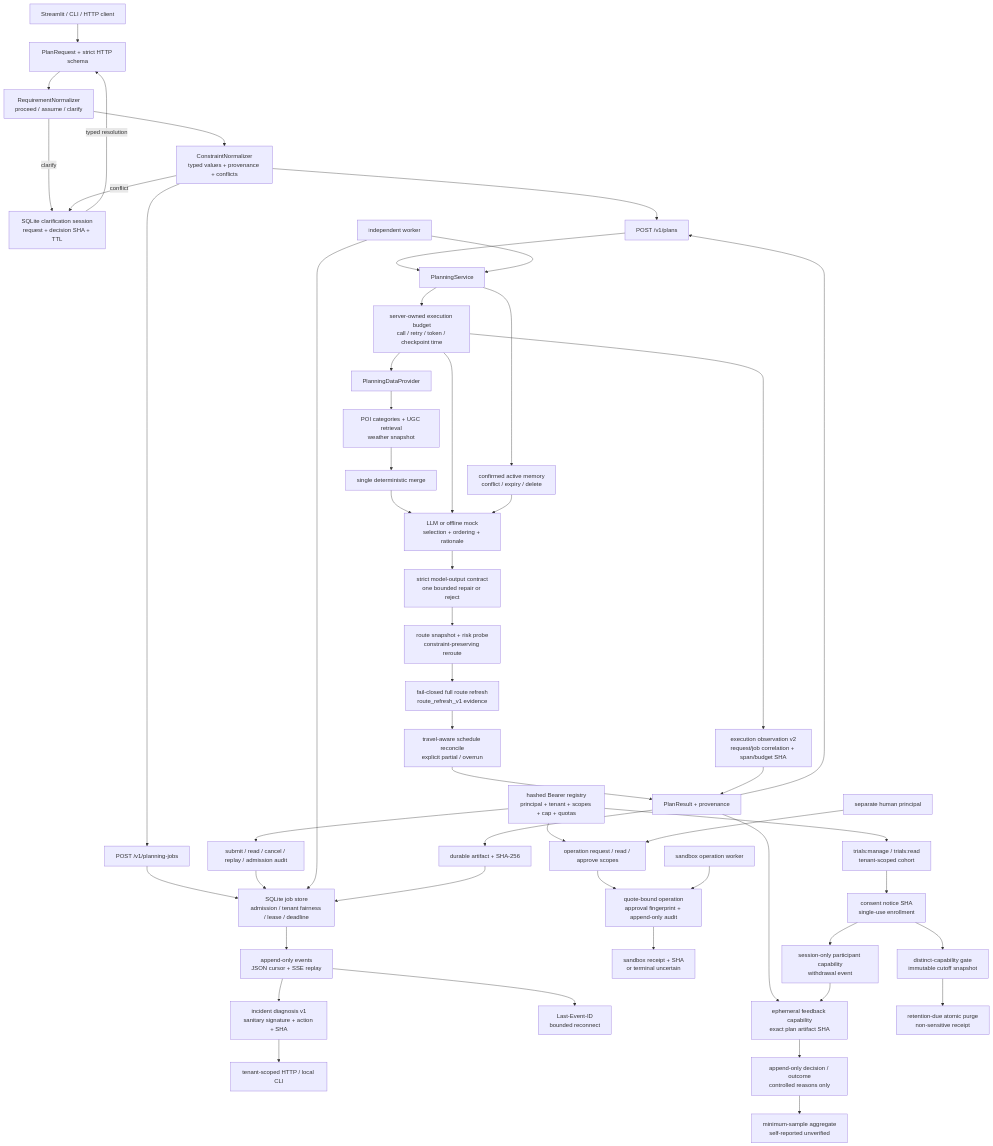
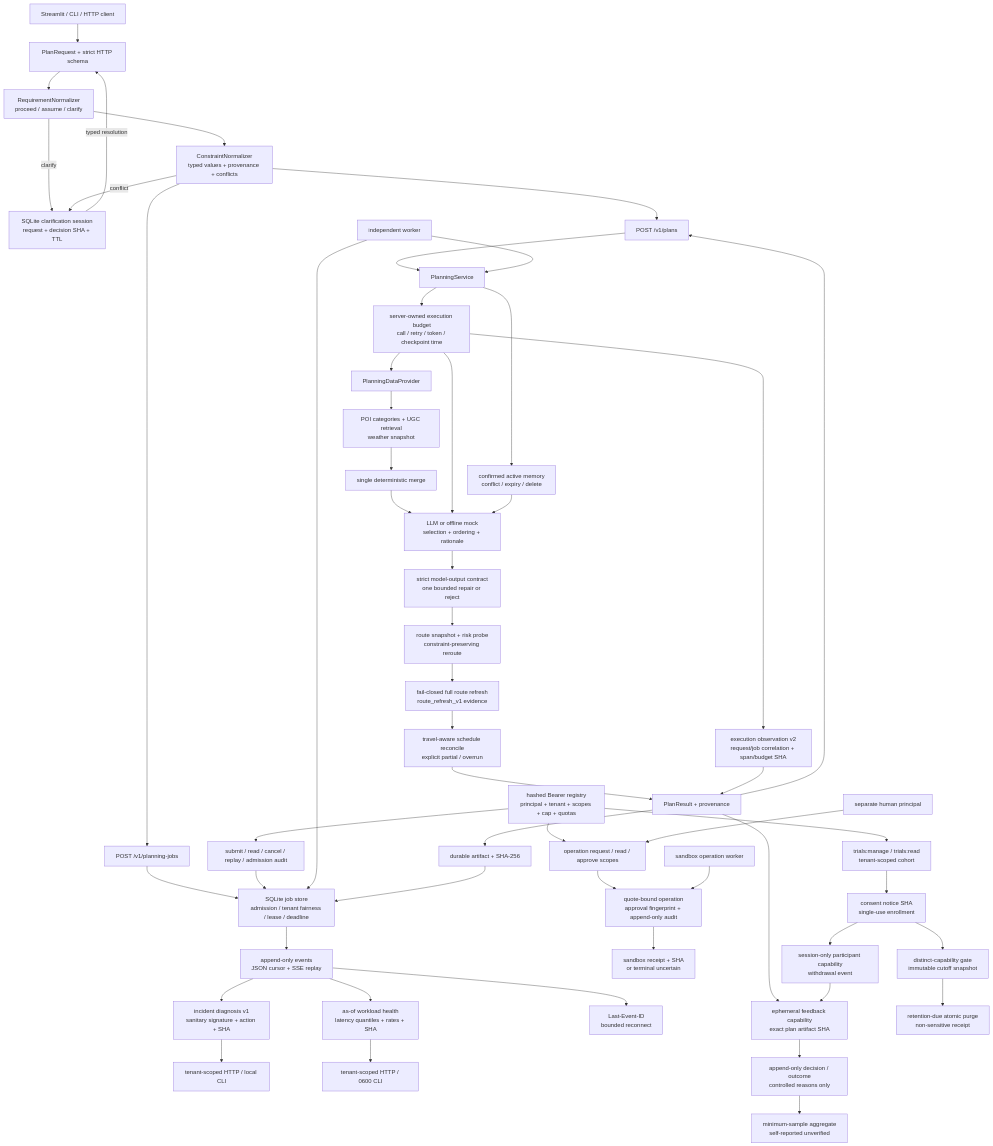
The diagram in README.md (estelledc/bj-pal), drawn with Mermaid before and after one commit. The commit also changed other lines of this file and 6 other files, not shown here.

````diff
--- a/README.md
+++ b/README.md
@@ -75,53 +76,55 @@
 ```mermaid
 flowchart TD
     Client["Streamlit / CLI / HTTP client"] --> Contract["PlanRequest + strict HTTP schema"]
     Contract --> Gate["RequirementNormalizer\nproceed / assume / clarify"]
     Gate --> Ledger["ConstraintNormalizer\ntyped values + provenance + conflicts"]
     Gate -->|clarify| Clarify["SQLite clarification session\nrequest + decision SHA + TTL"]
     Ledger -->|conflict| Clarify
     Clarify -->|typed resolution| Contract
     Ledger --> Sync["POST /v1/plans"]
     Ledger --> Submit["POST /v1/planning-jobs"]
     Submit --> JobDB["SQLite job store\nadmission / tenant fairness / lease / deadline"]
     Auth["hashed Bearer registry\nprincipal + tenant + scopes + cap + quotas"] --> Control["submit / read / cancel / replay / admission audit"]
     Control --> JobDB
     JobDB --> Events["append-only events\nJSON cursor + SSE replay"]
     Events --> Diagnose["incident diagnosis v1\nsanitary signature + action + SHA"]
     Diagnose --> DiagnoseAPI["tenant-scoped HTTP / local CLI"]
+    Events --> Health["as-of workload health\nlatency quantiles + rates + SHA"]
+    Health --> HealthAPI["tenant-scoped HTTP / 0600 CLI"]
     Events --> Stream["Last-Event-ID\nbounded reconnect"]
     Worker["independent worker"] --> JobDB
     Sync --> Service["PlanningService"]
     Worker --> Service
     Service --> Budget["server-owned execution budget\ncall / retry / token / checkpoint time"]
     Budget --> Observe["execution observation v2\nrequest/job correlation + span/budget SHA"]
     Budget --> Data["PlanningDataProvider"]
     Service --> Memory["confirmed active memory\nconflict / expiry / delete"]
     Data --> Fanout["POI categories + UGC retrieval\nweather snapshot"]
     Fanout --> Merge["single deterministic merge"]
     Merge --> Planner["LLM or offline mock\nselection + ordering + rationale"]
     Budget --> Planner
     Memory --> Planner
     Planner --> OutputContract["strict model-output contract\none bounded repair or reject"]
     OutputContract --> Rules["route snapshot + risk probe\nconstraint-preserving reroute"]
     Rules --> Refresh["fail-closed full route refresh\nroute_refresh_v1 evidence"]
     Refresh --> Schedule["travel-aware schedule reconcile\nexplicit partial / overrun"]
     Schedule --> Result["PlanResult + provenance"]
     Observe --> Result
     Result --> Sync
     Result --> Artifact["durable artifact + SHA-256"]
     Artifact --> JobDB
     Auth --> OpAPI["operation request / read / approve scopes"]
     OpAPI --> OpDB["quote-bound operation\napproval fingerprint + append-only audit"]
     Approver["separate human principal"] --> OpAPI
     OpWorker["sandbox operation worker"] --> OpDB
     OpDB --> Receipt["sandbox receipt + SHA\nor terminal uncertain"]
     Result --> FeedbackInvite["ephemeral feedback capability\nexact plan artifact SHA"]
     FeedbackInvite --> FeedbackDB["append-only decision / outcome\ncontrolled reasons only"]
     FeedbackDB --> FeedbackSummary["minimum-sample aggregate\nself-reported unverified"]
     Auth --> TrialAdmin["trials:manage / trials:read\ntenant-scoped cohort"]
     TrialAdmin --> TrialDB["consent notice SHA\nsingle-use enrollment"]
     TrialDB --> Participant["session-only participant capability\nwithdrawal event"]
     Participant --> FeedbackInvite
     TrialDB --> TrialSnapshot["distinct-capability gate\nimmutable cutoff snapshot"]
     TrialSnapshot --> TrialPurge["retention-due atomic purge\nnon-sensitive receipt"]
 ```
````
